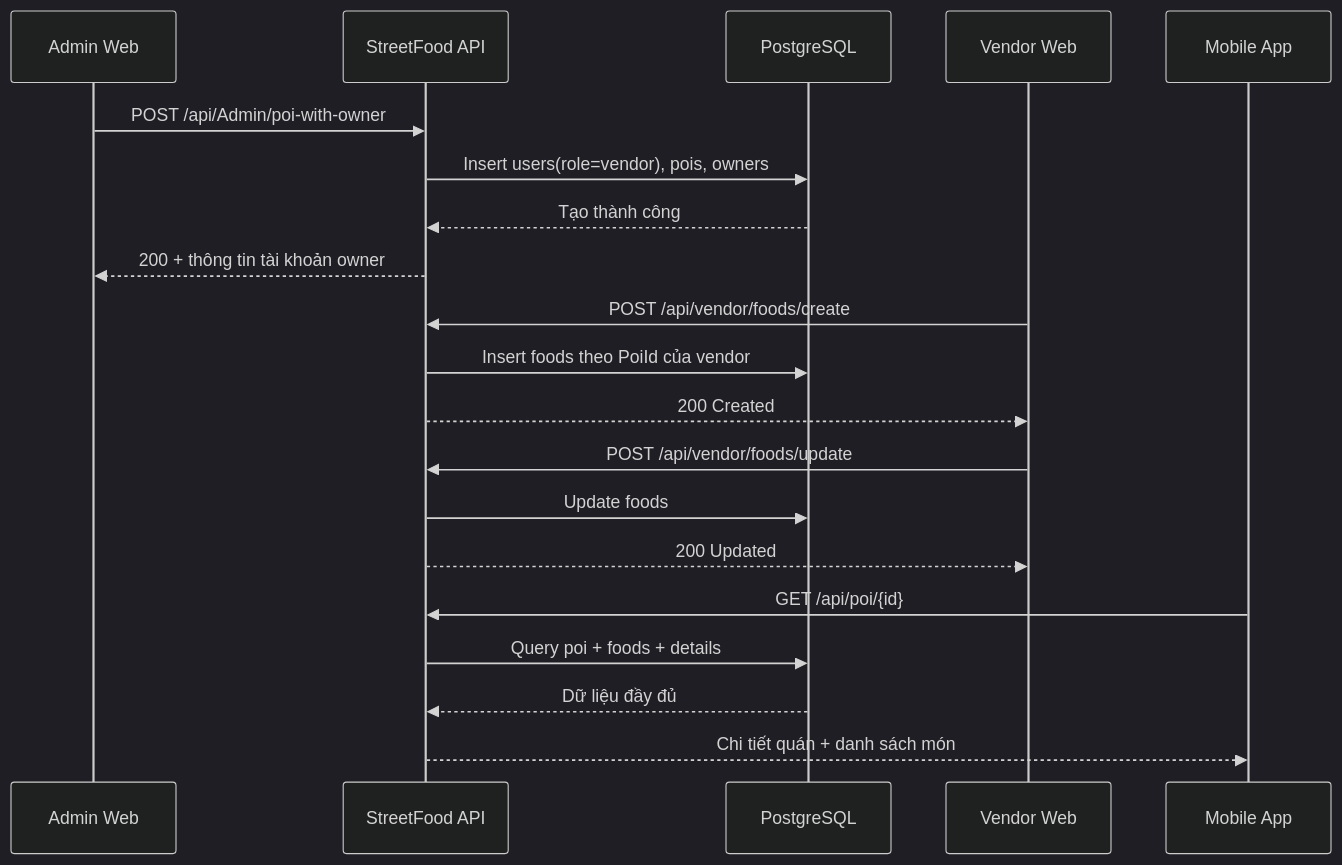
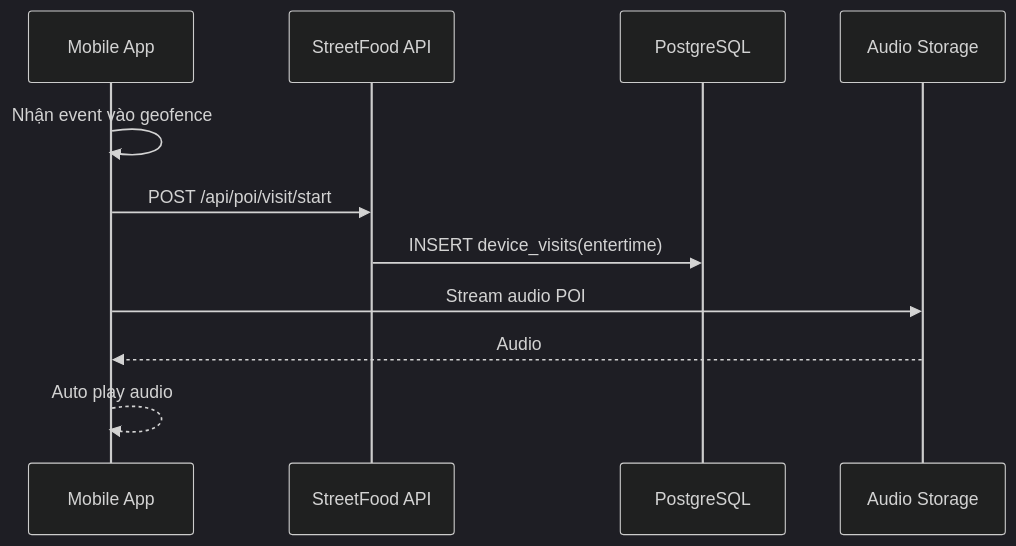
One commit to NguyenPhuc-Du/StreetFood changed diagram 11 of 44 in prd.md. Above: the diagram before and after it, drawn with Mermaid (dark theme). The commit also changed other lines of this file and 22 other files, not shown here.

Commit message:
Updating PRD and web/app features

````diff
--- a/prd.md
+++ b/prd.md
@@ -811,25 +806,14 @@
 ```mermaid
 sequenceDiagram
-    participant A as Admin Web
+    participant M as Mobile App
     participant API as StreetFood API
     participant DB as PostgreSQL
-    participant V as Vendor Web
-    participant M as Mobile App
+    participant R2 as Audio Storage
 
-    A->>API: POST /api/Admin/poi-with-owner
-    API->>DB: Insert users(role=vendor), pois, owners
-    DB-->>API: Tạo thành công
-    API-->>A: 200 + thông tin tài khoản owner
-
-    V->>API: POST /api/vendor/foods/create
-    API->>DB: Insert foods theo PoiId của vendor
-    API-->>V: 200 Created
-    V->>API: POST /api/vendor/foods/update
-    API->>DB: Update foods
-    API-->>V: 200 Updated
-
-    M->>API: GET /api/poi/{id}
-    API->>DB: Query poi + foods + details
-    DB-->>API: Dữ liệu đầy đủ
-    API-->>M: Chi tiết quán + danh sách món
+    M->>M: Nhận event vào geofence
+    M->>API: POST /api/poi/visit/start
+    API->>DB: INSERT device_visits(entertime)
+    M->>R2: Stream audio POI
+    R2-->>M: Audio
+    M-->>M: Auto play audio
 ```
````
